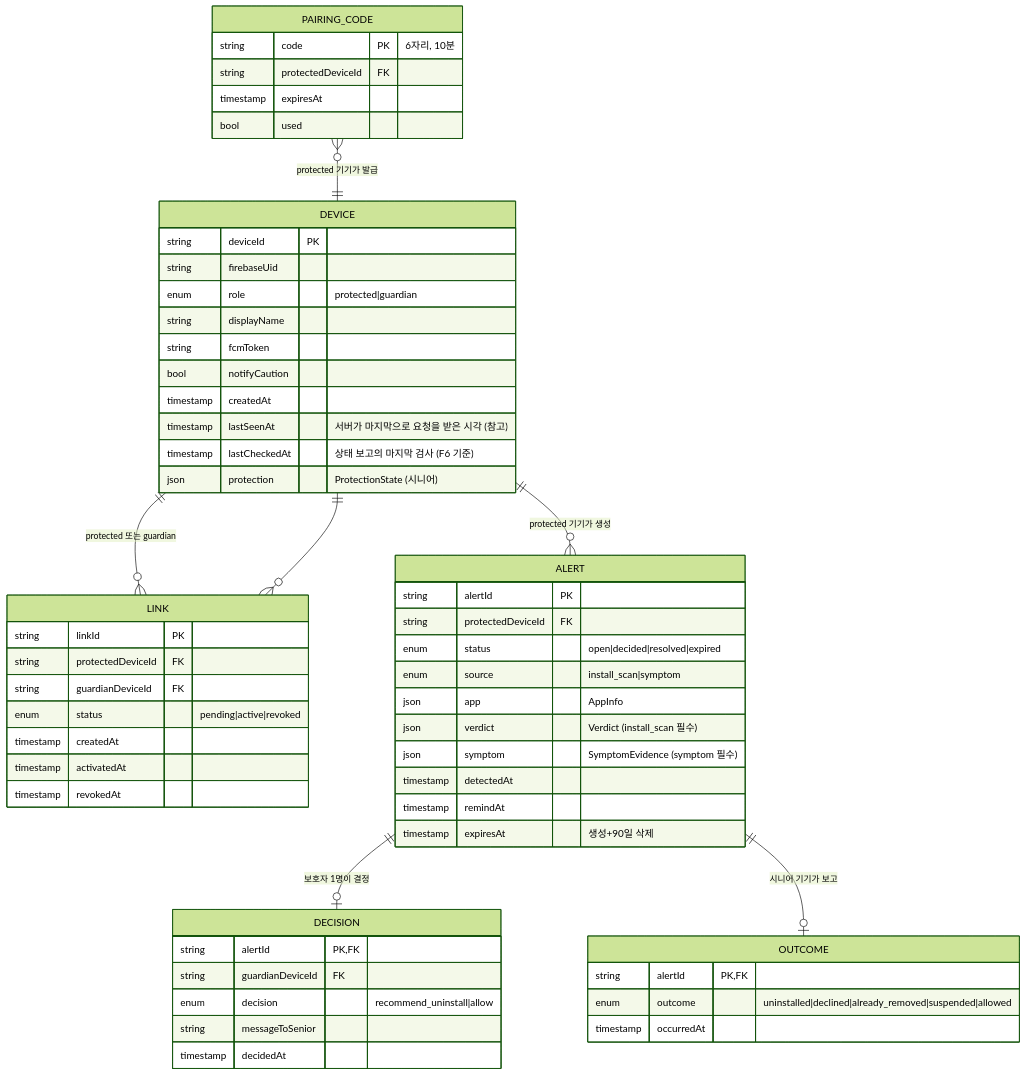
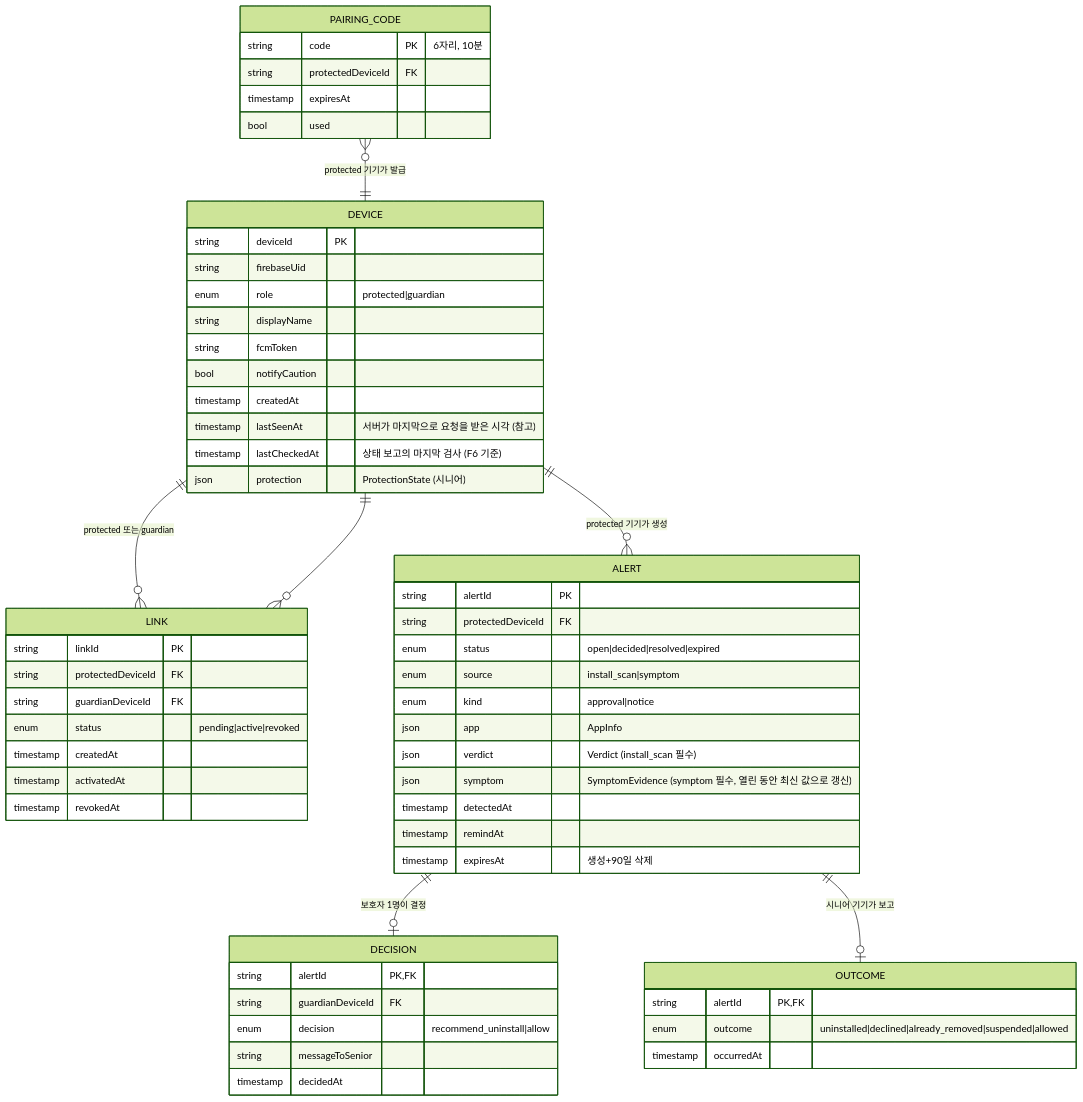
One commit to inq-o/phonedoctor changed the first of 2 diagrams in specs/001-mvp/data-model.md. Above: the diagram before and after it, drawn with Mermaid (forest theme). The commit also changed other lines of this file and 6 other files, not shown here.

````diff
--- a/specs/001-mvp/data-model.md
+++ b/specs/001-mvp/data-model.md
@@ -10,61 +10,62 @@
 ```mermaid
 erDiagram
     DEVICE ||--o{ LINK : "protected 또는 guardian"
     LINK }o--|| DEVICE : ""
     DEVICE ||--o{ ALERT : "protected 기기가 생성"
     ALERT ||--o| DECISION : "보호자 1명이 결정"
     ALERT ||--o| OUTCOME : "시니어 기기가 보고"
     PAIRING_CODE }o--|| DEVICE : "protected 기기가 발급"
 
     DEVICE {
       string deviceId PK
       string firebaseUid
       enum role "protected|guardian"
       string displayName
       string fcmToken
       bool notifyCaution
       timestamp createdAt
       timestamp lastSeenAt "서버가 마지막으로 요청을 받은 시각 (참고)"
       timestamp lastCheckedAt "상태 보고의 마지막 검사 (F6 기준)"
       json protection "ProtectionState (시니어)"
     }
     LINK {
       string linkId PK
       string protectedDeviceId FK
       string guardianDeviceId FK
       enum status "pending|active|revoked"
       timestamp createdAt
       timestamp activatedAt
       timestamp revokedAt
     }
     PAIRING_CODE {
       string code PK "6자리, 10분"
       string protectedDeviceId FK
       timestamp expiresAt
       bool used
     }
     ALERT {
       string alertId PK
       string protectedDeviceId FK
       enum status "open|decided|resolved|expired"
       enum source "install_scan|symptom"
+      enum kind "approval|notice"
       json app "AppInfo"
       json verdict "Verdict (install_scan 필수)"
-      json symptom "SymptomEvidence (symptom 필수)"
+      json symptom "SymptomEvidence (symptom 필수, 열린 동안 최신 값으로 갱신)"
       timestamp detectedAt
       timestamp remindAt
       timestamp expiresAt "생성+90일 삭제"
     }
     DECISION {
       string alertId PK, FK
       string guardianDeviceId FK
       enum decision "recommend_uninstall|allow"
       string messageToSenior
       timestamp decidedAt
     }
     OUTCOME {
       string alertId PK, FK
       enum outcome "uninstalled|declined|already_removed|suspended|allowed"
       timestamp occurredAt
     }
 ```
````
